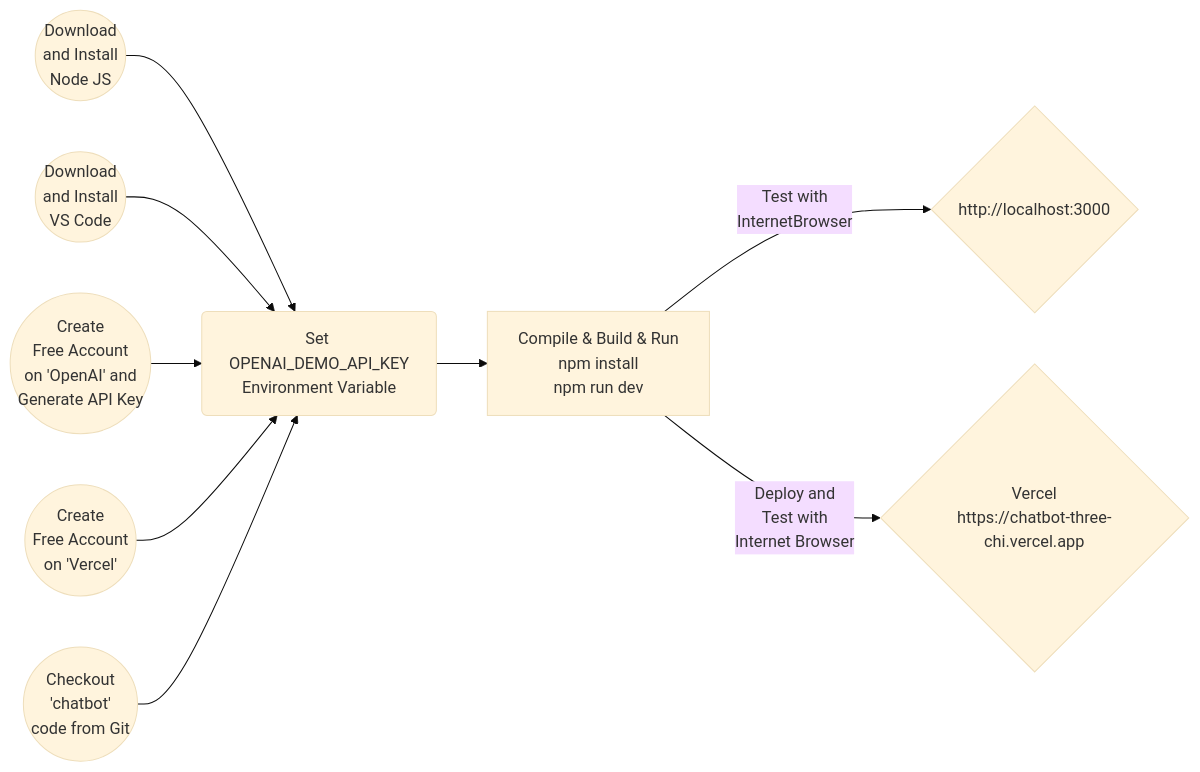
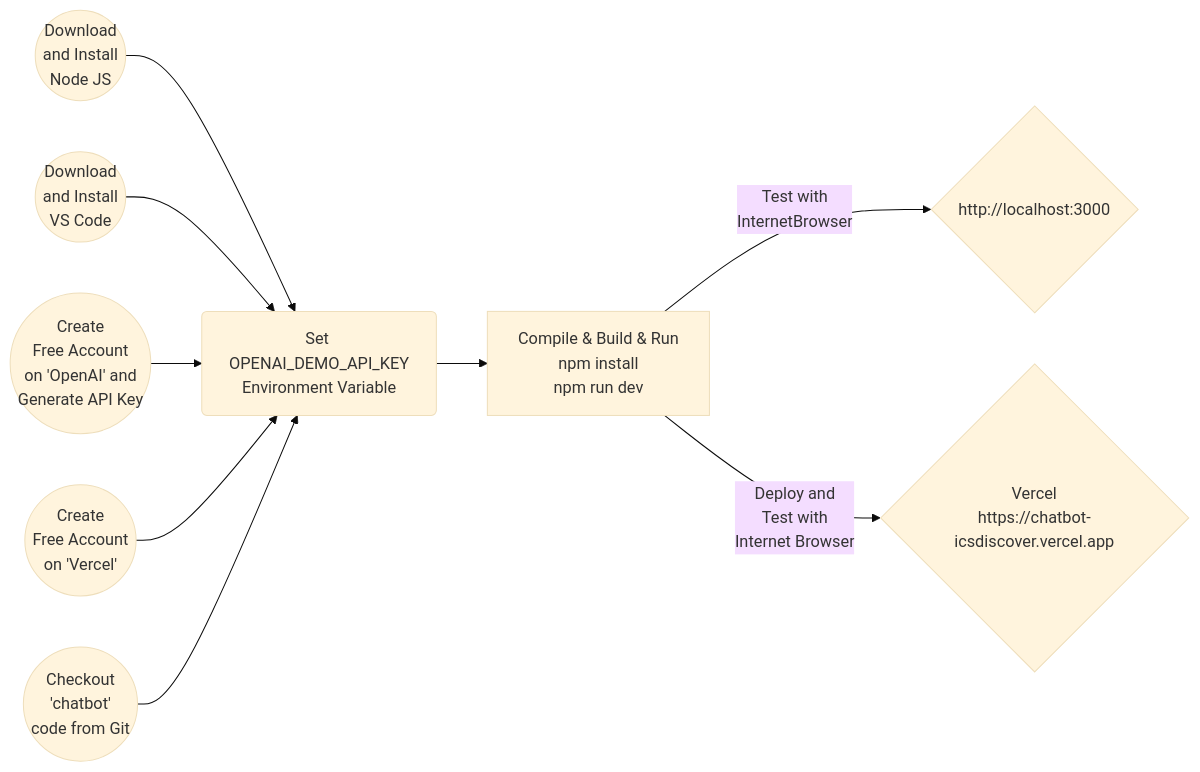
One commit to lalumastan/chatbot changed the diagram in README.md. Above: the diagram before and after it, drawn with Mermaid (base theme). The commit also changed other lines of this file and 1 other file, not shown here.

Commit message:
Updated to gpt 3.5 turbo

````diff
--- a/README.md
+++ b/README.md
@@ -13,12 +13,12 @@
 ```mermaid
 graph LR
 A((Download<br/>and Install<br/>Node JS)) -->
 C(Set OPENAI_DEMO_API_KEY<br/>Environment Variable<br/>)
 B((Download<br/>and Install<br/>VS Code)) --> C
 D((Create<br/>Free Account<br/>on 'OpenAI' and<br/>Generate API Key)) --> C
 E((Create<br/>Free Account<br/>on 'Vercel')) --> C
 F((Checkout<br/>'chatbot'<br/>code from Git)) --> C
 C --> G[Compile & Build & Run<br/>npm install<br/>npm run dev]
 G -- Test with<br/>InternetBrowser --> H{http://localhost:3000}
-G -- Deploy and<br/>Test with<br/>Internet Browser --> I{Vercel<br/>https://chatbot-three-chi.vercel.app}
+G -- Deploy and<br/>Test with<br/>Internet Browser --> I{Vercel<br/>https://chatbot-icsdiscover.vercel.app}
 ```
````
